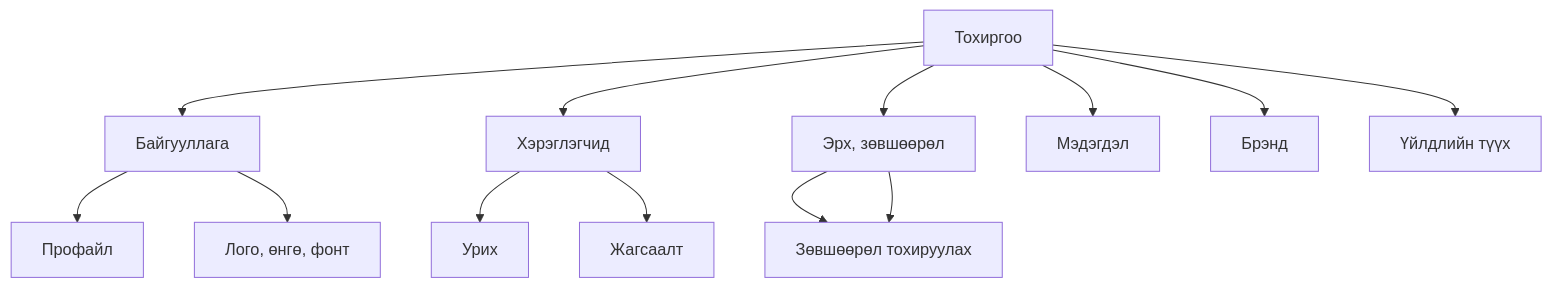
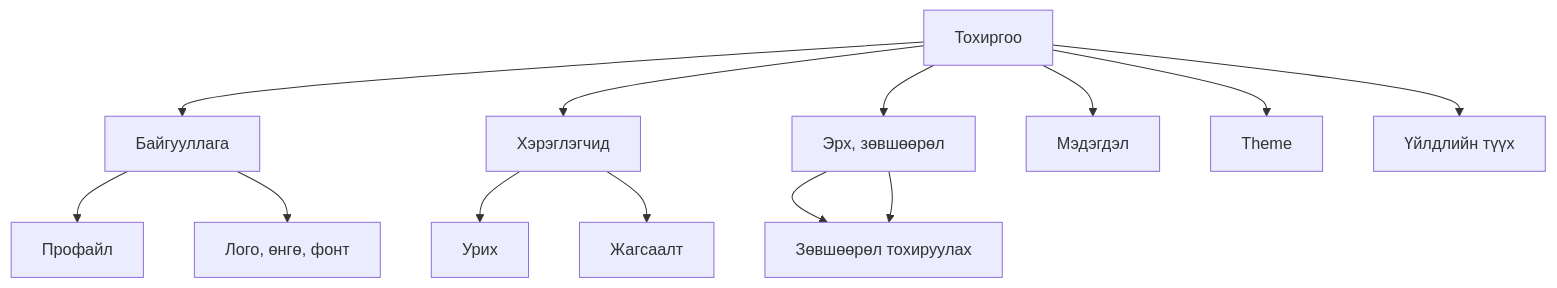
One commit to themuuln/zuiio changed the diagram in docs/guide/features/settings.md. Above: the diagram before and after it, drawn with Mermaid. The commit also changed other lines of this file and 4 other files, not shown here.

````diff
--- a/docs/guide/features/settings.md
+++ b/docs/guide/features/settings.md
@@ -10,15 +10,15 @@
 ```mermaid
 graph TD
     A[Тохиргоо] --> B[Байгууллага]
     A --> C[Хэрэглэгчид]
     A --> D[Эрх, зөвшөөрөл]
     A --> E[Мэдэгдэл]
-    A --> F[Брэнд]
+    A --> F[Theme]
     A --> G[Үйлдлийн түүх]
     B --> H[Профайл]
     B --> I[Лого, өнгө, фонт]
     C --> J[Урих]
     C --> K[Жагсаалт]
     D --> L[Эрх үүсгэх]
     D --> L[Зөвшөөрөл тохируулах]
 ```
````
